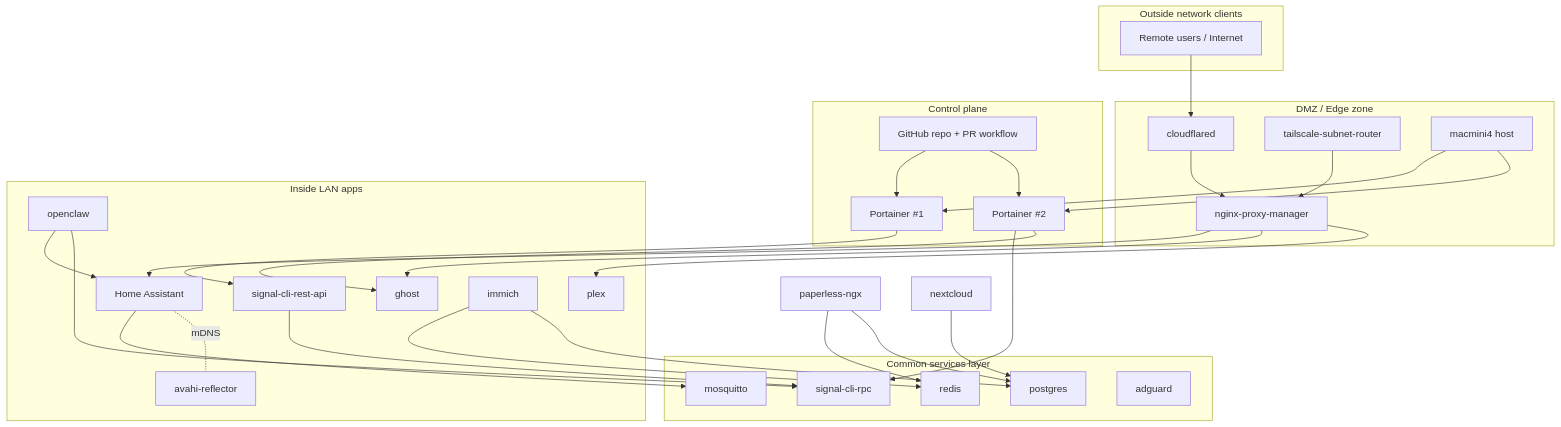
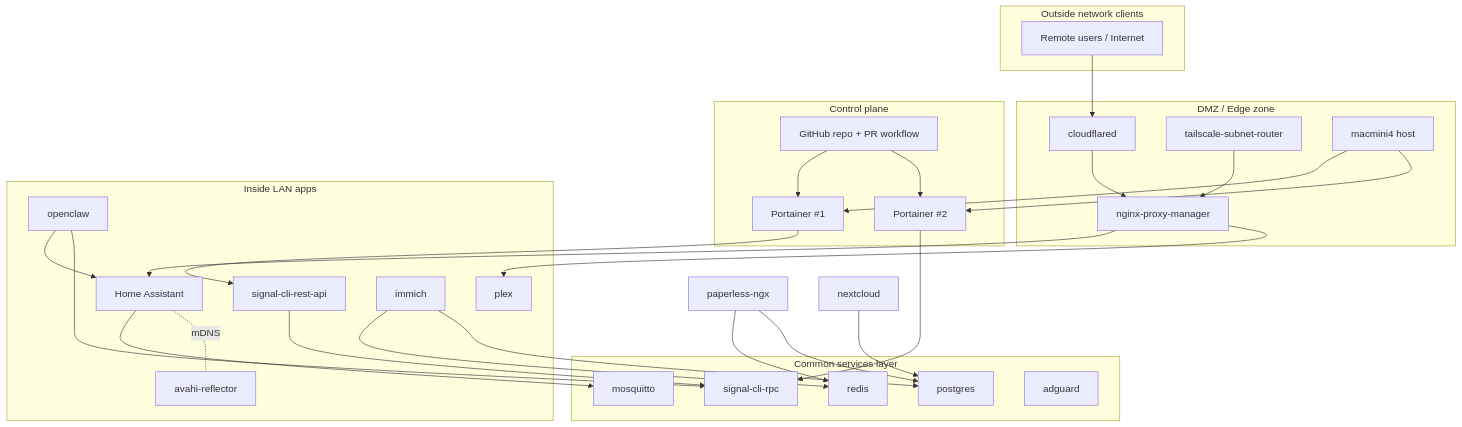
Before and after one commit to d1egoaz/lan-infra: the diagram in README.md, drawn with Mermaid. The commit also changed 2 other files, not shown here.

Commit message:
docs(readme): remove svg assets and drop ghost from topology
Keep Mermaid-only architecture and align services to actual lan-infra stack (no ghost service).

````diff
--- a/README.md
+++ b/README.md
@@ -7,70 +7,67 @@
 ```mermaid
 flowchart TB
   %% Zones
   subgraph OUTSIDE[Outside network clients]
     Internet[Remote users / Internet]
   end
 
   subgraph DMZ[DMZ / Edge zone]
     Cloudflared[cloudflared]
     NPM[nginx-proxy-manager]
     Tailscale[tailscale-subnet-router]
     Host[macmini4 host]
   end
 
   subgraph CONTROL[Control plane]
     GitHub[GitHub repo + PR workflow]
     Portainer1[Portainer #1]
     Portainer2[Portainer #2]
   end
 
   subgraph COMMON[Common services layer]
     Redis[redis]
     Postgres[postgres]
     Mosquitto[mosquitto]
     SignalRPC[signal-cli-rpc]
     Adguard[adguard]
   end
 
   subgraph INSIDE[Inside LAN apps]
     HA[Home Assistant]
     Avahi[avahi-reflector]
     SignalREST[signal-cli-rest-api]
-    Ghost[ghost]
     Plex[plex]
     Immich[immich]
     OpenClaw[openclaw]
   end
 
   %% Exposure path
   Internet --> Cloudflared --> NPM
 
   %% Edge and control
   Tailscale --> NPM
   Host --> Portainer1
   Host --> Portainer2
   GitHub --> Portainer1
   GitHub --> Portainer2
 
   %% Portainer ownership split
   Portainer1 --> SignalREST
   Portainer2 --> SignalRPC
-  Portainer2 --> Ghost
 
   %% Shared services dependencies
   HA --> Mosquitto
   HA -. mDNS .- Avahi
   OpenClaw --> HA
   OpenClaw --> SignalRPC
   SignalREST --> SignalRPC
   Paperless[paperless-ngx] --> Redis
   Paperless --> Postgres
   Immich --> Redis
   Immich --> Postgres
   Nextcloud[nextcloud] --> Postgres
 
   %% Access to internal apps
   NPM --> HA
-  NPM --> Ghost
   NPM --> Plex
 ```
````
